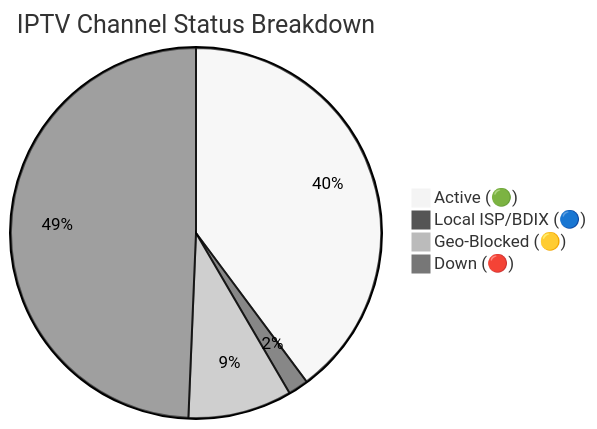
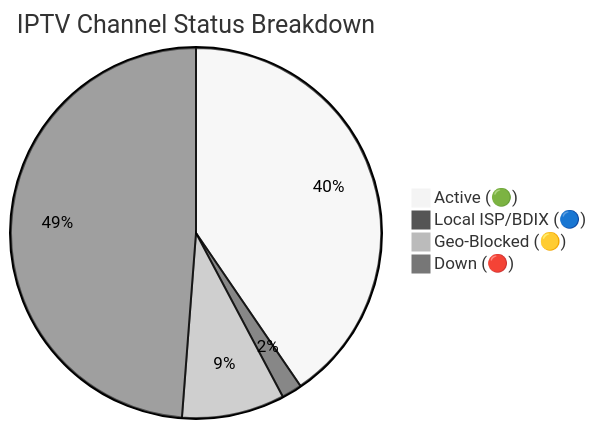
One commit to andreataylord/Ip-tv-Collection changed the diagram in README.md. Above: the diagram before and after it, drawn with Mermaid (neutral theme). The commit also changed other lines of this file and 2 other files, not shown here.

````diff
--- a/README.md
+++ b/README.md
@@ -59,7 +59,7 @@
 ```mermaid
 pie title IPTV Channel Status Breakdown
-    "Active (🟢)" : 2889
+    "Active (🟢)" : 2922
     "Local ISP/BDIX (🔵)" : 128
-    "Geo-Blocked (🟡)" : 658
-    "Down (🔴)" : 3580
+    "Geo-Blocked (🟡)" : 648
+    "Down (🔴)" : 3523
 ```
````
